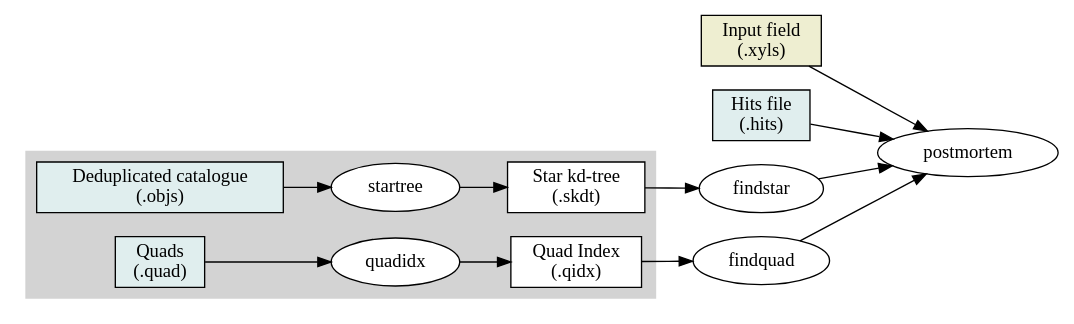
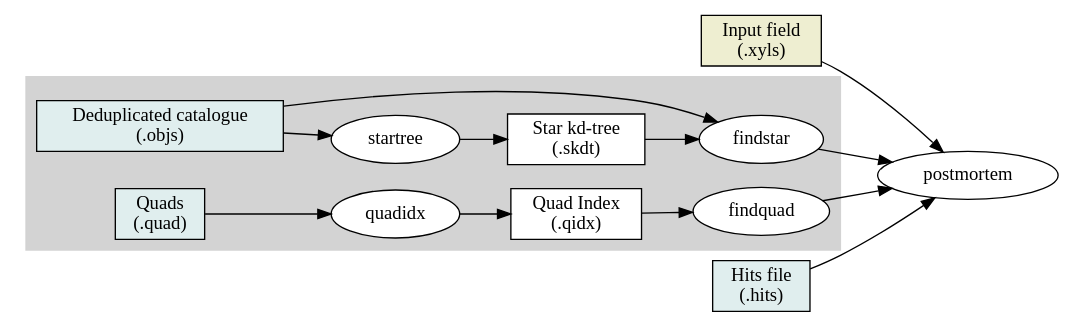
Before and after one commit to blackball/an-test6: the diagram in src/quads/pipeline4.dot, drawn with Graphviz. The commit also changed 4 other files, not shown here.

```diff
--- a/src/quads/pipeline4.dot
+++ b/src/quads/pipeline4.dot
@@ -1,37 +1,39 @@
 graph solvepipeline {
 	graph [ rankdir = LR ];
 	node [ shape=box ];
 	edge [ dir=forward ];
 	node [ style=filled, fillcolor=lightyellow2 ];
 	xyls [ label="Input field\n(.xyls)" ];
 	subgraph cluster_0 {
 		style=filled;
 		color=lightgrey;
 		node [ style=filled, fillcolor=azure2 ];
 		objs [ label="Deduplicated catalogue\n(.objs)" ];
 		quad [ label="Quads\n(.quad)" ];
 		node [ style=filled, fillcolor=white ];
 		skdt [ label="Star kd-tree\n(.skdt)" ];
 		qidx [ label="Quad Index\n(.qidx)" ];
 
 		node [ shape=ellipse ];
 		objs -- startree
 		startree -- skdt
 		quad -- quadidx
 		quadidx -- qidx
+
+		skdt -- findstar
+		objs -- findstar
+		qidx -- findquad
 	} 
 	node [ style=filled, fillcolor=azure2 ];
 	hits [ label="Hits file\n(.hits)" ];
 
 	node [ shape=ellipse, fillcolor=white ];
 	xyls -- postmortem
 	hits -- postmortem
-	skdt -- findstar
 	findstar -- postmortem
-	qidx -- findquad
 	findquad -- postmortem
 }
 
 // render with:
 //   dot -Tps2 -o pipeline4.eps pipeline4.dot
 //   epstopng pipeline4.eps
```
